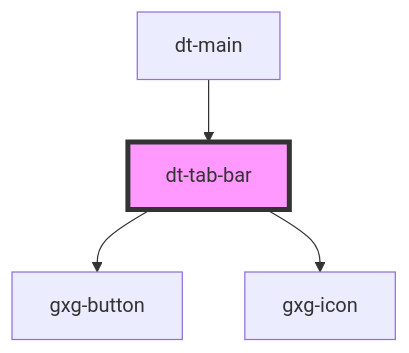
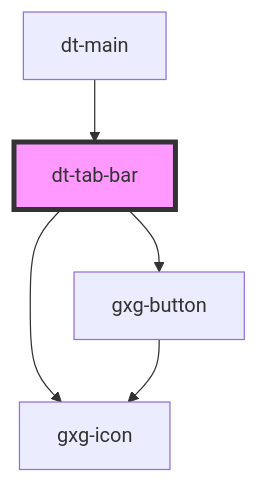
One commit to genexuslabs/design-tokens-editor changed the diagram in src/components/tab-bar/readme.md. Above: the diagram before and after it, drawn with Mermaid. The commit also changed 89 other files, not shown here.

````diff
--- a/src/components/tab-bar/readme.md
+++ b/src/components/tab-bar/readme.md
@@ -20,7 +20,8 @@
 ```mermaid
 graph TD;
   dt-tab-bar --> gxg-button
   dt-tab-bar --> gxg-icon
+  gxg-button --> gxg-icon
   dt-main --> dt-tab-bar
   style dt-tab-bar fill:#f9f,stroke:#333,stroke-width:4px
 ```
````
